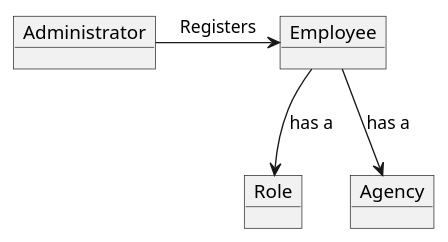
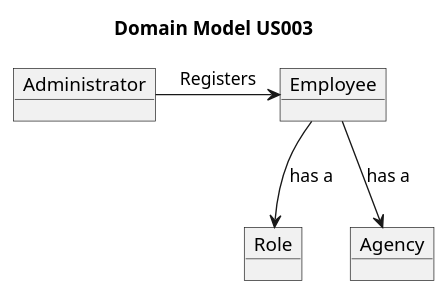
One commit to tiagohcorreia/LAPR2 changed the diagram in docs/sprintD/US003/02.analysis/puml/US003-Domain Model.puml. Above: the diagram before and after it, drawn with PlantUML. The commit also changed 4 other files, not shown here.

Commit message:
US020 - Domain Model updated

```diff
--- a/docs/sprintD/US003/02.analysis/puml/US003-Domain Model.puml
+++ b/docs/sprintD/US003/02.analysis/puml/US003-Domain Model.puml
@@ -1,12 +1,14 @@
 @startuml
+
+title Domain Model US003
 
 object Employee
 object Role
 object Agency
 object Administrator
 
 Administrator -> Employee: Registers
 Employee --> Role: has a
 Employee --> Agency: has a
 
 @enduml
```
